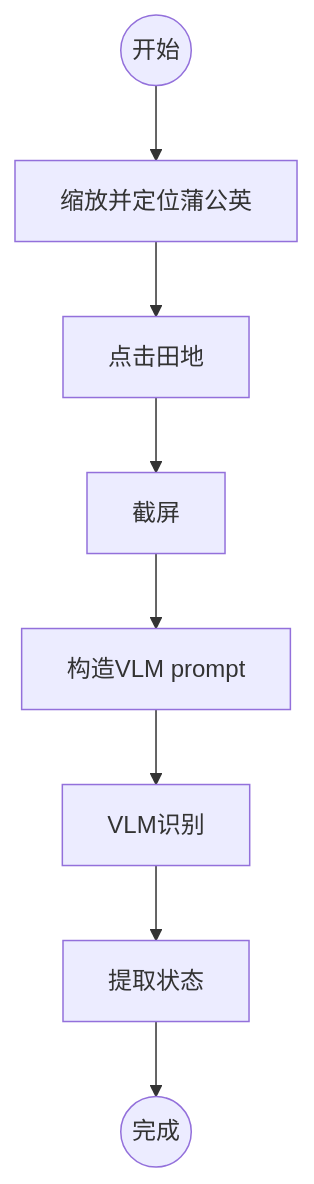
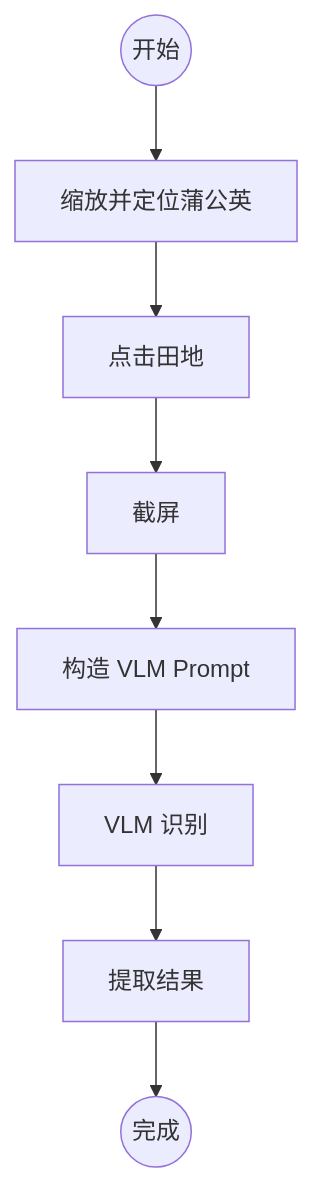
One commit to childofcuriosity/taoyuan-auto-assistant changed the third of 8 diagrams in README.md. Above: the diagram before and after it, drawn with Mermaid. The commit also changed other lines of this file, not shown here.

````diff
--- a/README.md
+++ b/README.md
@@ -144,10 +145,10 @@
 ```mermaid
 graph TD
     start_check((开始)) --> zoom_and_locate[缩放并定位蒲公英] 
     zoom_and_locate --> tap_field[点击田地] 
     tap_field --> screenshot[截屏] 
-    screenshot --> build_prompt[构造VLM prompt] 
-    build_prompt --> send_to_vlm[VLM识别]  
-    send_to_vlm --> extract_value[提取状态]  
+    screenshot --> build_prompt[构造 VLM Prompt] 
+    build_prompt --> send_to_vlm[VLM 识别]  
+    send_to_vlm --> extract_value[提取结果]  
     extract_value --> end_check((完成))
 ```
````
